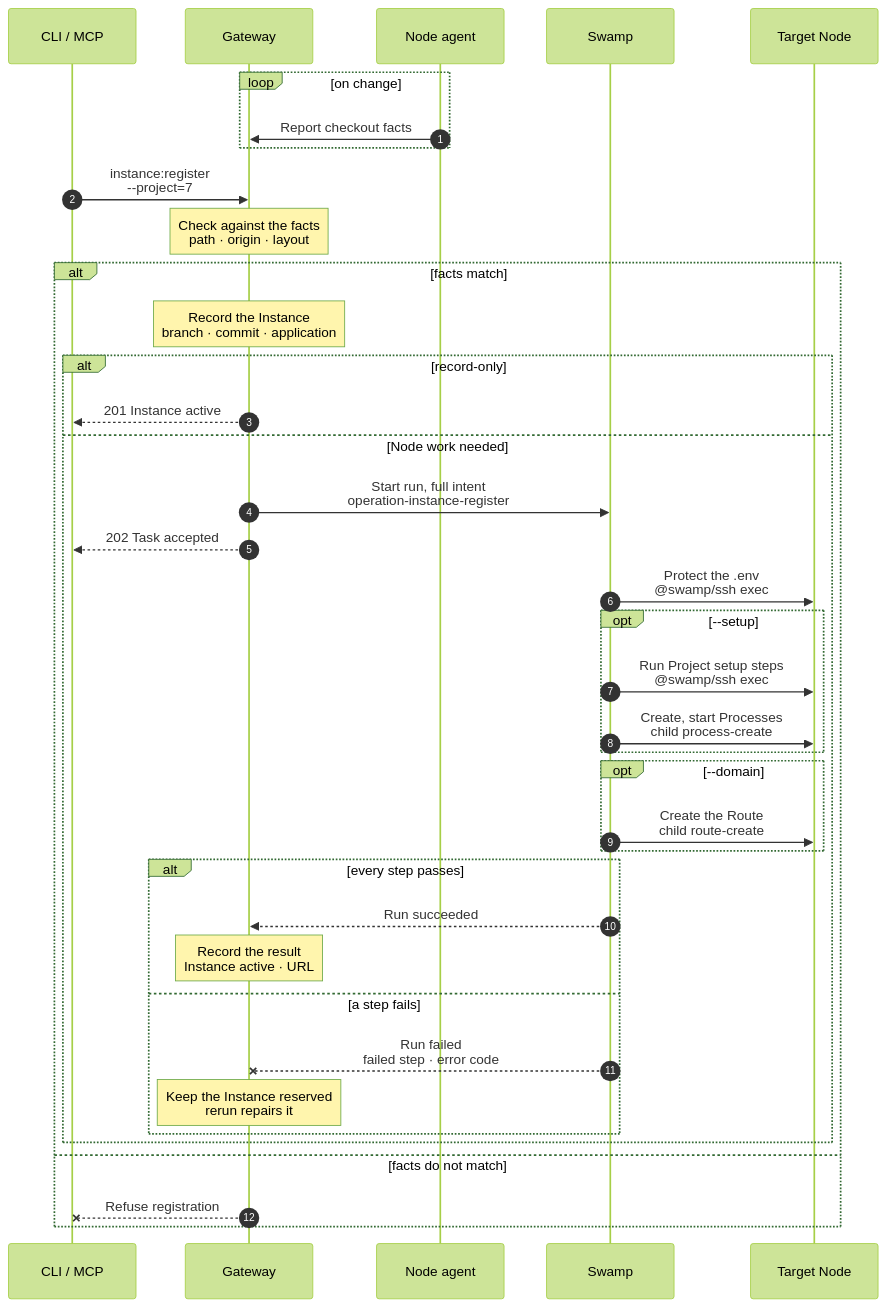
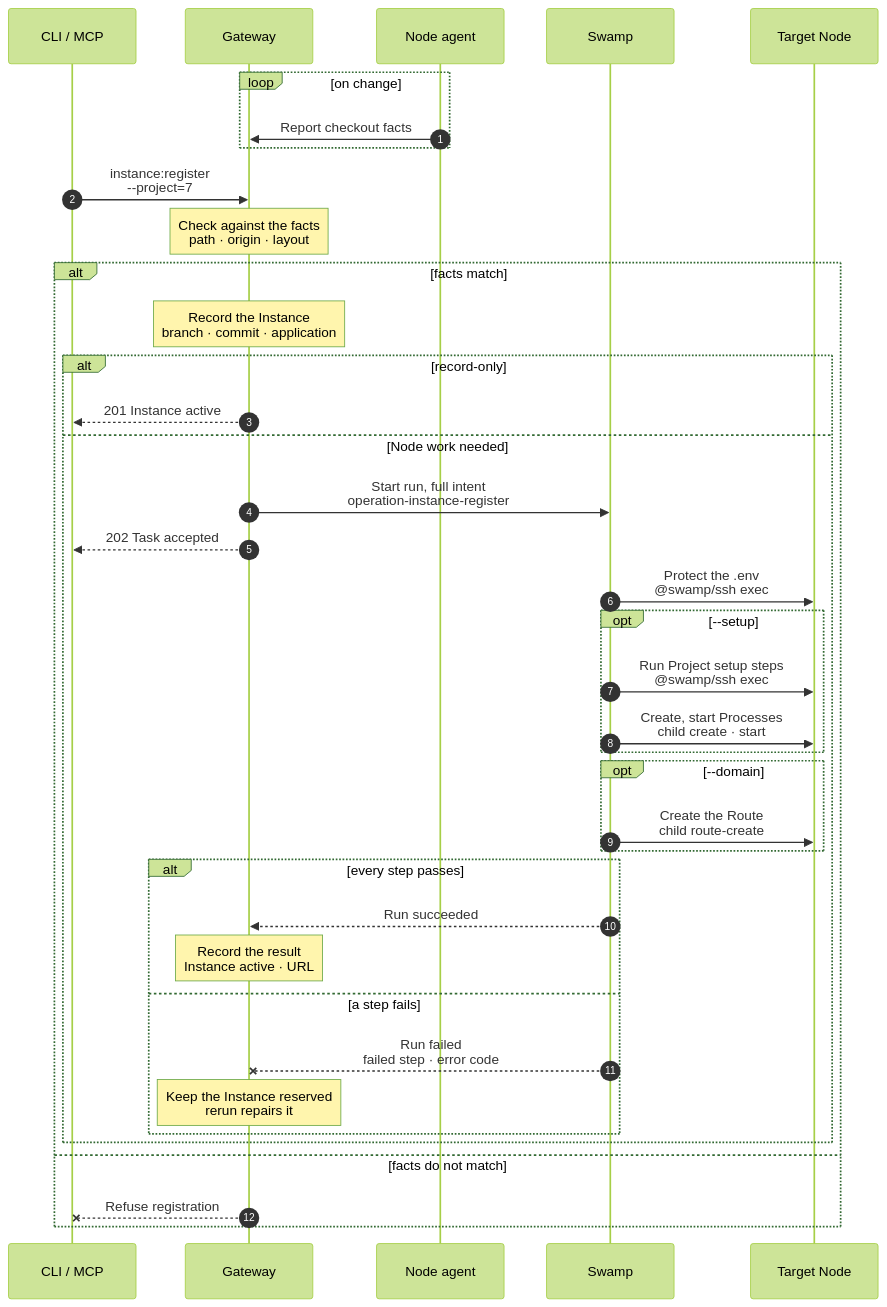
Before and after one commit to hardimpactdev/orbit: the diagram in docs/cli/instance/register.mmd, drawn with Mermaid (forest theme). The commit also changed 10 other files, not shown here.

```diff
--- a/docs/cli/instance/register.mmd
+++ b/docs/cli/instance/register.mmd
@@ -1,48 +1,48 @@
 sequenceDiagram
   %% status: reviewed
   %% command: instance:register
   %% kind: instance.register
   autonumber
   %% lane CLI icon=terminal pill=caller tone=gray
   %% lane GW icon=gateway pill=intent tone=blue
   %% lane A icon=server pill=observer tone=amber
   %% lane SW icon=workflow pill=executes tone=green
   %% lane N icon=server pill=target tone=amber
   participant CLI as CLI / MCP
   participant GW as Gateway
   participant A as Node agent
   participant SW as Swamp
   participant N as Target Node
   loop on change
     A->>GW: Report checkout facts
   end
   CLI->>GW: instance:register<br/>--project=7
   Note over GW: Check against the facts<br/>path · origin · layout
   alt facts match
     Note over GW: Record the Instance<br/>branch · commit · application
     alt record-only
       GW-->>CLI: 201 Instance active
     else Node work needed
       GW->>SW: Start run, full intent<br/>operation-instance-register
       GW-->>CLI: 202 Task accepted
       SW->>N: Protect the .env<br/>@swamp/ssh exec
       %%> Only when an existing .env is publicly readable.
       opt --setup
         SW->>N: Run Project setup steps<br/>@swamp/ssh exec
-        SW->>N: Create, start Processes<br/>child process-create
+        SW->>N: Create, start Processes<br/>child create · start
       end
       opt --domain
         SW->>N: Create the Route<br/>child route-create
         %%> A completed registration needs --setup to check its Processes before marking the runtime awake.
       end
       alt every step passes
         SW-->>GW: Run succeeded
         Note over GW: Record the result<br/>Instance active · URL
       else a step fails
         SW--xGW: Run failed<br/>failed step · error code
         Note over GW: Keep the Instance reserved<br/>rerun repairs it
       end
     end
   else facts do not match
     GW--xCLI: Refuse registration
   end
```
